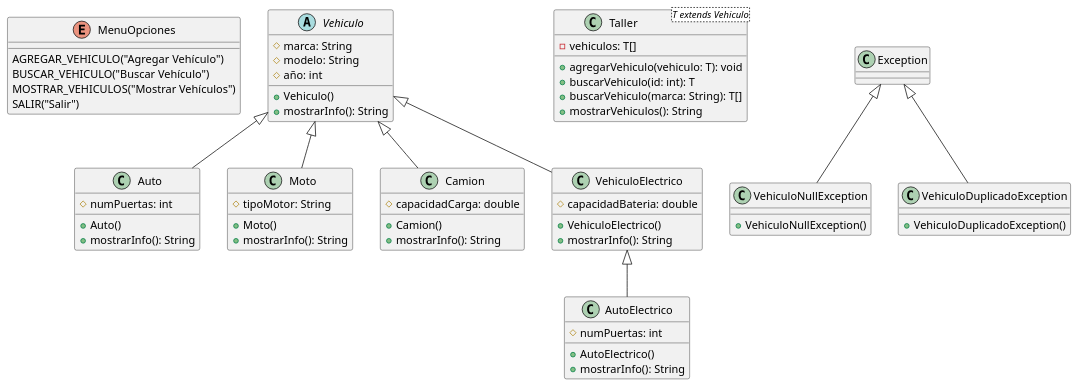
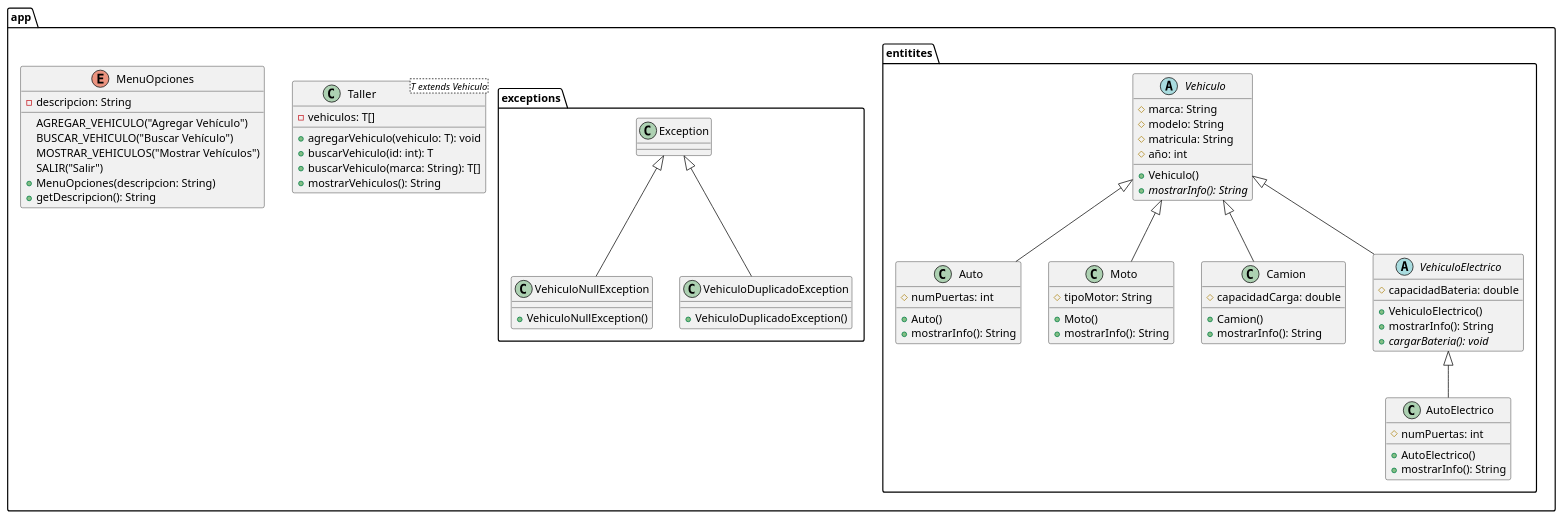
Before and after one commit to jesus-castro89/poo: the diagram in Writerside/topics/ejemplo-6.md, drawn with PlantUML. The commit also changed other lines of this file and 18 other files, not shown here.

Commit message:
Diagramas de Clases

````diff
--- a/Writerside/topics/ejemplo-6.md
+++ b/Writerside/topics/ejemplo-6.md
@@ -29,65 +29,80 @@
 ```plantuml
 @startuml   
 
-enum MenuOpciones {
-    AGREGAR_VEHICULO("Agregar Vehículo")
-    BUSCAR_VEHICULO("Buscar Vehículo")
-    MOSTRAR_VEHICULOS("Mostrar Vehículos")
-    SALIR("Salir")
-}
+package app{
+
+package "entitites"{
 
 abstract class Vehiculo {
     # marca: String
     # modelo: String
+    # matricula: String
     # año: int
     + Vehiculo()
-    + mostrarInfo(): String
+    + {abstract}mostrarInfo(): String
 }
 
 class Auto extends Vehiculo {
     # numPuertas: int
     + Auto()
     + mostrarInfo(): String
 }
 
 class Moto extends Vehiculo {
     # tipoMotor: String
     + Moto()
     + mostrarInfo(): String
 }
 
 class Camion extends Vehiculo {
     # capacidadCarga: double
     + Camion()
     + mostrarInfo(): String
 }
 
-class VehiculoElectrico extends Vehiculo {
+abstract class VehiculoElectrico extends Vehiculo {
     # capacidadBateria: double
     + VehiculoElectrico()
     + mostrarInfo(): String
+    + {abstract}cargarBateria(): void
 }   
 
 class AutoElectrico extends VehiculoElectrico {
     # numPuertas: int
     + AutoElectrico()
     + mostrarInfo(): String
+}
+
 }
 
 class Taller<T extends Vehiculo> {
     - vehiculos: T[]
     + agregarVehiculo(vehiculo: T): void
     + buscarVehiculo(id: int): T
     + buscarVehiculo(marca: String): T[]
     + mostrarVehiculos(): String
 }
 
+package "exceptions"{
+
 class VehiculoNullException extends Exception {
     + VehiculoNullException()
 }
 
 class VehiculoDuplicadoException extends Exception {
     + VehiculoDuplicadoException()
 }
+}
+
+enum MenuOpciones {
+    AGREGAR_VEHICULO("Agregar Vehículo")
+    BUSCAR_VEHICULO("Buscar Vehículo")
+    MOSTRAR_VEHICULOS("Mostrar Vehículos")
+    SALIR("Salir")
+    - descripcion: String
+    + MenuOpciones(descripcion: String)
+    + getDescripcion(): String
+}
+}
 @enduml
 ```
````
